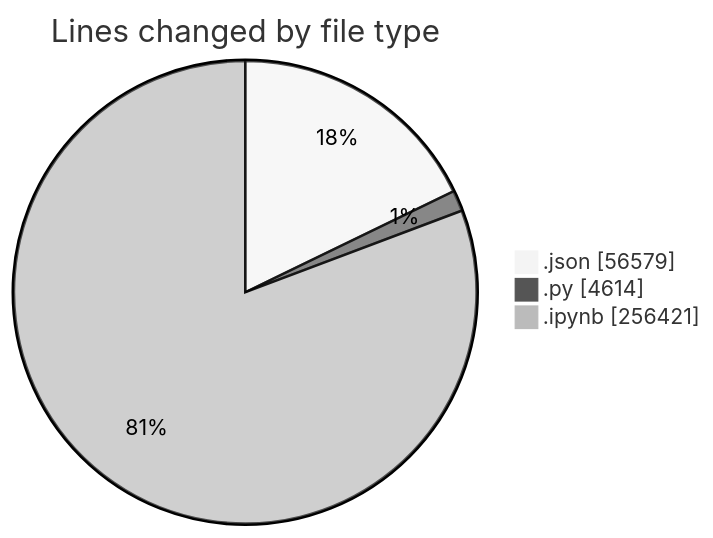
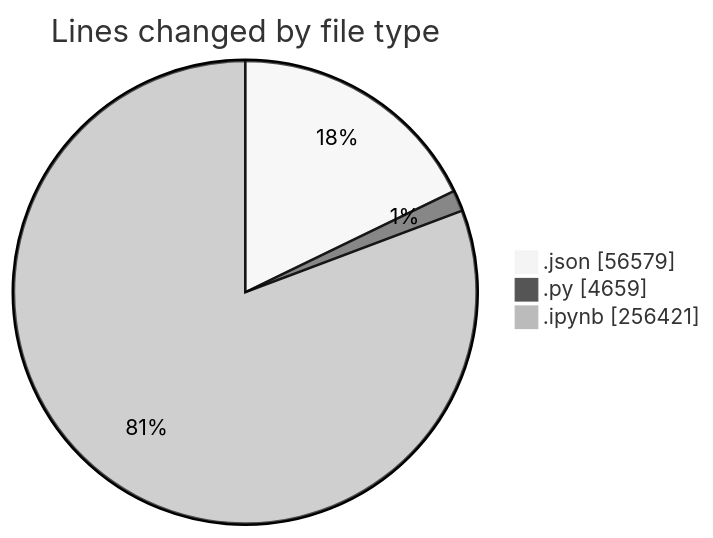
Before and after one commit to MatusMokan/code-tracking: the first of 2 diagrams in 2025-10-04/untitled__workspace_/README.md, drawn with Mermaid (neutral theme). The commit also changed other lines of this file and 1 other file, not shown here.

````diff
--- a/2025-10-04/untitled__workspace_/README.md
+++ b/2025-10-04/untitled__workspace_/README.md
@@ -36,7 +36,7 @@
 ```mermaid
 pie showData
 title Lines changed by file type
 ".json" : 56579
-".py" : 4614
+".py" : 4659
 ".ipynb" : 256421
 ```
````
